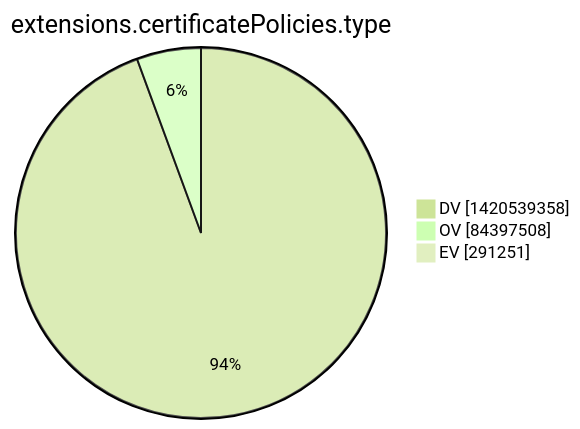
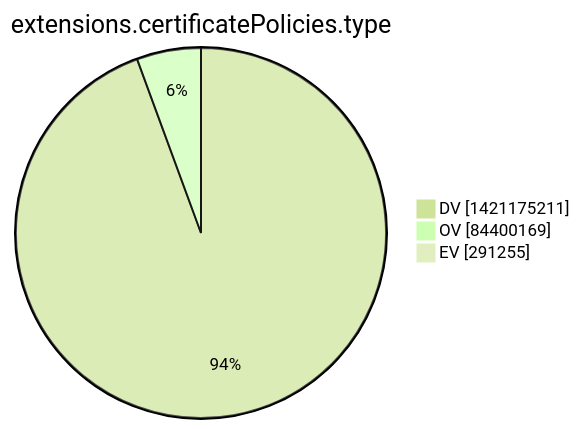
Before and after one commit to christiankrug/ctmonitor_visualization: the tenth of 15 diagrams in argon2022/README.md, drawn with Mermaid (forest theme). The commit also changed other lines of this file, not shown here.

````diff
--- a/argon2022/README.md
+++ b/argon2022/README.md
@@ -2773,7 +2773,7 @@
 ```mermaid
 pie showData
 title extensions.certificatePolicies.type
-"DV" :1420539358
-"OV" :84397508
-"EV" :291251
+"DV" :1421175211
+"OV" :84400169
+"EV" :291255
 ```
````
